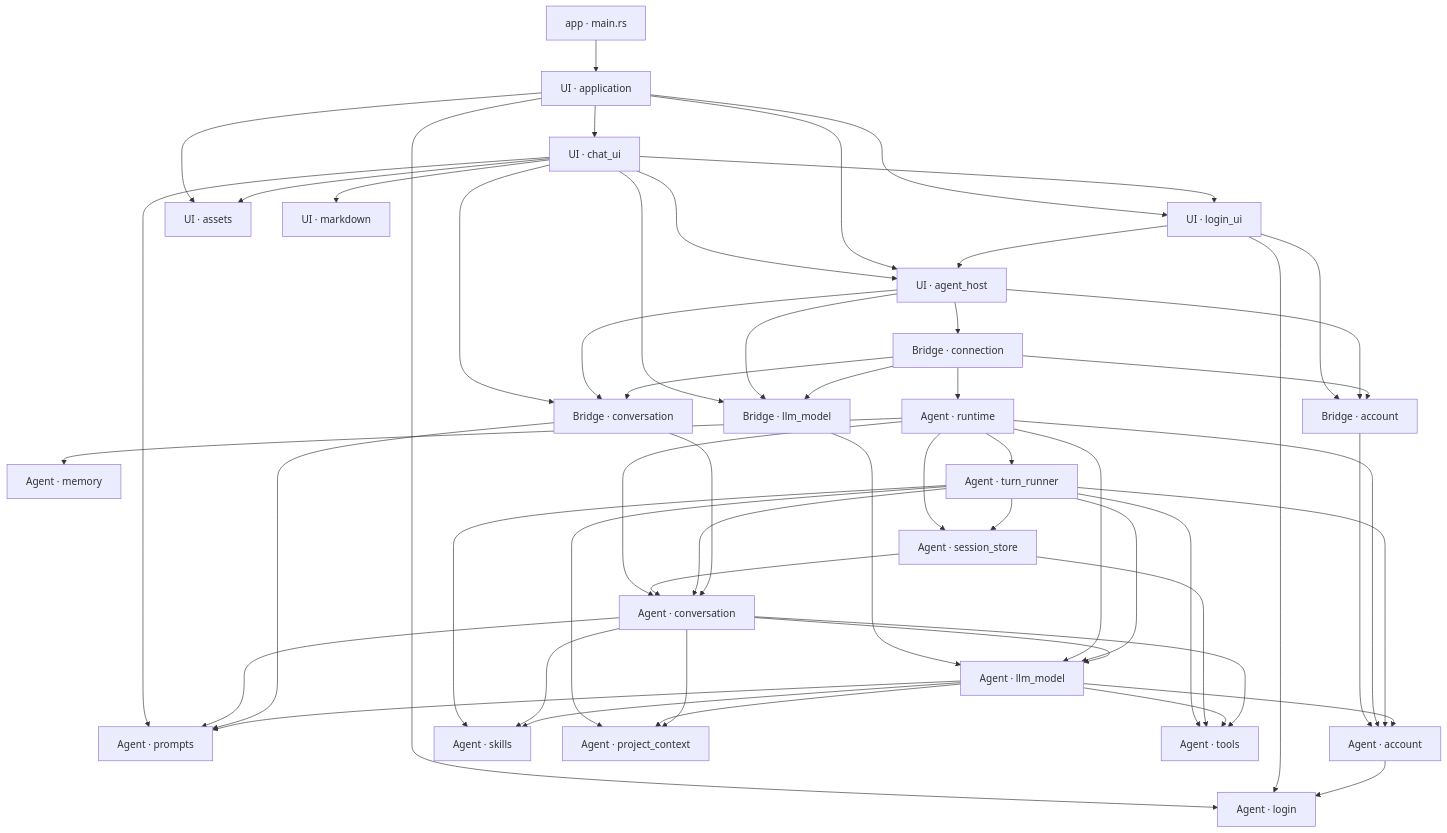
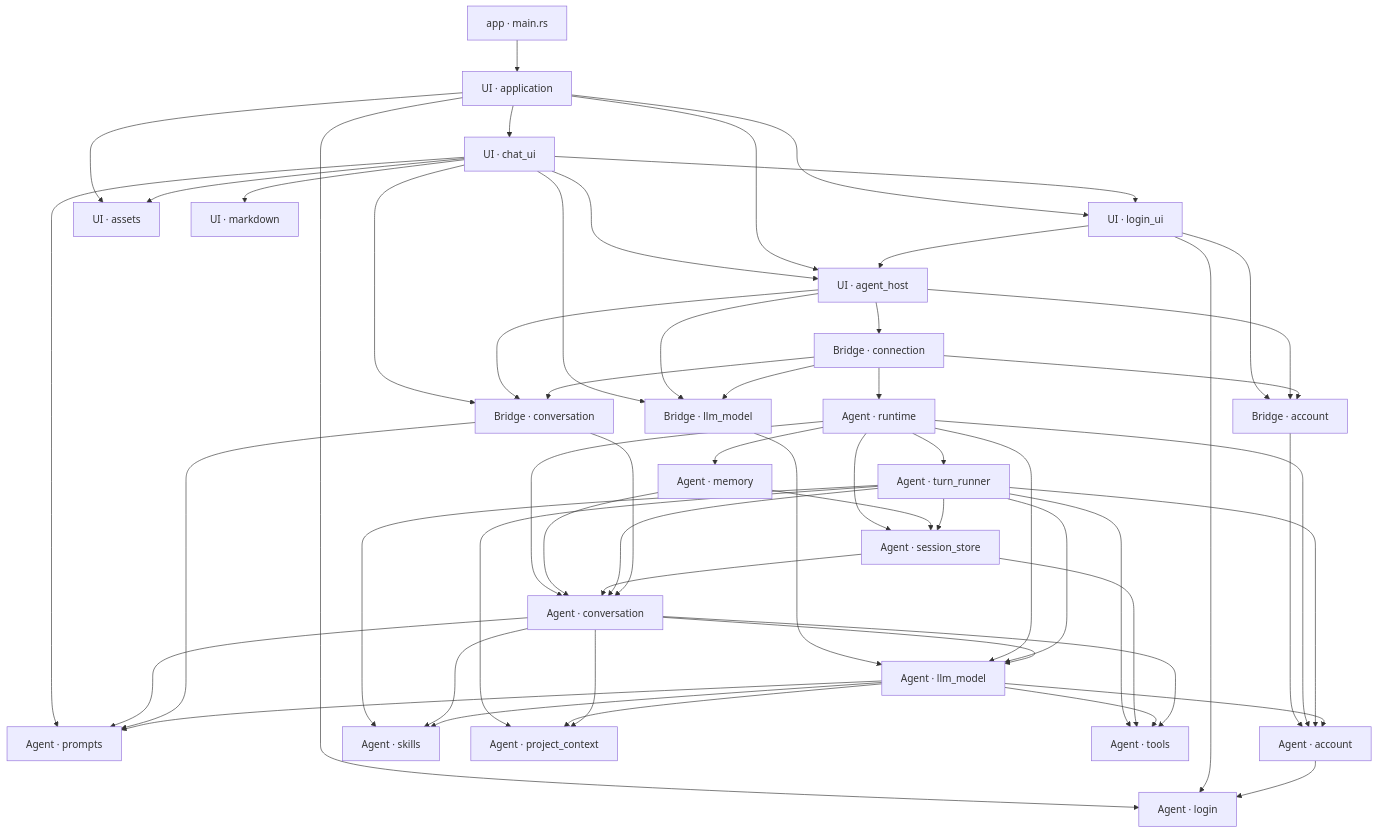
The first of 3 diagrams in docs/design/architecture.md (slc90/Agentelier), drawn with Mermaid before and after one commit. The commit also changed other lines of this file and 18 other files, not shown here.

````diff
--- a/docs/design/architecture.md
+++ b/docs/design/architecture.md
@@ -37,57 +37,59 @@
 ```mermaid
 flowchart TD
     Entry["app · main.rs"] --> App["UI · application"]
     App --> UI["UI · login_ui"]
     App --> Assets["UI · assets"]
     App --> Login["Agent · login"]
     UI --> Login
     App --> ChatUI["UI · chat_ui"]
     ChatUI --> Markdown["UI · markdown"]
     ChatUI --> UI
     ChatUI --> Host
     App --> Host["UI · agent_host"]
     UI --> Host
     Host --> Connection["Bridge · connection"]
     UI --> AccountBridge["Bridge · account"]
     ChatUI --> ModelBridge["Bridge · llm_model"]
     ChatUI --> ConversationBridge["Bridge · conversation"]
     ChatUI --> Prompts["Agent · prompts"]
     ChatUI --> Assets
     Host --> AccountBridge
     Host --> ModelBridge
     Host --> ConversationBridge
     Connection --> Runtime["Agent · runtime"]
     Connection --> AccountBridge
     Connection --> ModelBridge
     Connection --> ConversationBridge
     AccountBridge --> Account["Agent · account"]
     ModelBridge --> Model["Agent · llm_model"]
     Runtime --> Account
     Runtime --> Model
     Runtime --> Conversation["Agent · conversation"]
     Runtime --> SessionStore["Agent · session_store"]
     Runtime --> Memory["Agent · memory"]
+    Memory --> SessionStore
+    Memory --> Conversation
     SessionStore --> Conversation
     Runtime --> Runner["Agent · turn_runner"]
     Runner --> Conversation
     Runner --> Skills["Agent · skills"]
     Conversation --> Skills
     Runner --> ProjectContext["Agent · project_context"]
     Runner --> Model
     Runner --> Account
     Runner --> Tools["Agent · tools"]
     Runner --> SessionStore
     SessionStore --> Tools
     Model --> Skills
     Model --> ProjectContext
     Model --> Tools
     Conversation --> Tools
     Conversation --> Model
     Conversation --> Prompts
     Conversation --> ProjectContext
     ConversationBridge --> Conversation
     ConversationBridge --> Prompts
     Model --> Prompts
     Model --> Account
     Account --> Login
 ```
````
